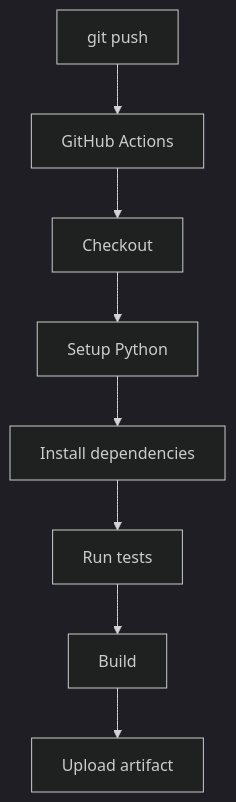
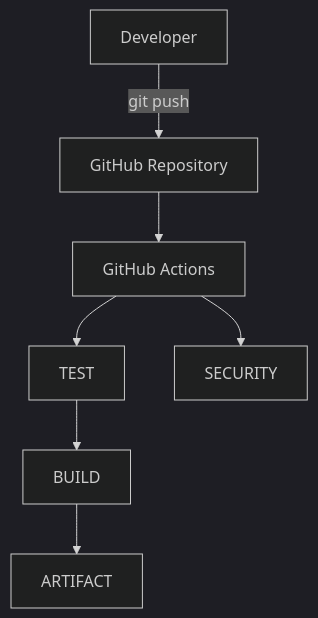
One commit to jaisheel15/ci_cd_tut changed the diagram in README.md. Above: the diagram before and after it, drawn with Mermaid (dark theme). The commit also changed other lines of this file and 1914 other files, not shown here.

````diff
--- a/README.md
+++ b/README.md
@@ -88,10 +5,9 @@
 ```mermaid
 flowchart TD
-    A[git push] --> B[GitHub Actions]
-    B --> C[Checkout]
-    C --> D[Setup Python]
-    D --> E[Install dependencies]
-    E --> F[Run tests]
-    F --> G[Build]
-    G --> H[Upload artifact]
+    A[Developer] -->|git push| B[GitHub Repository]
+    B --> C[GitHub Actions]
+    C --> D[TEST]
+    C --> E[SECURITY]
+    D --> F[BUILD]
+    F --> G[ARTIFACT]
 ```
````
